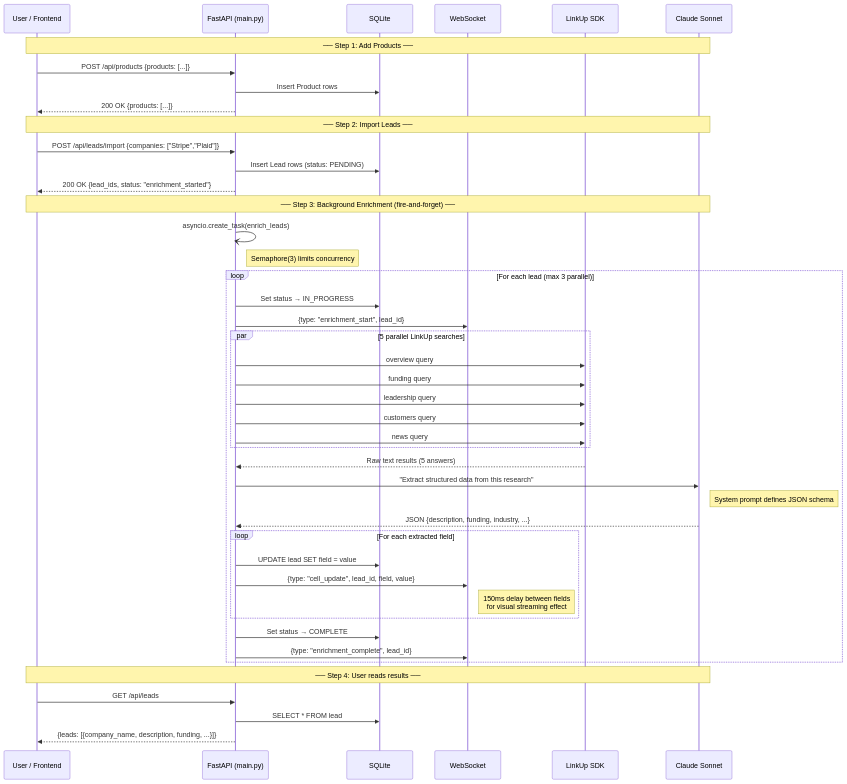
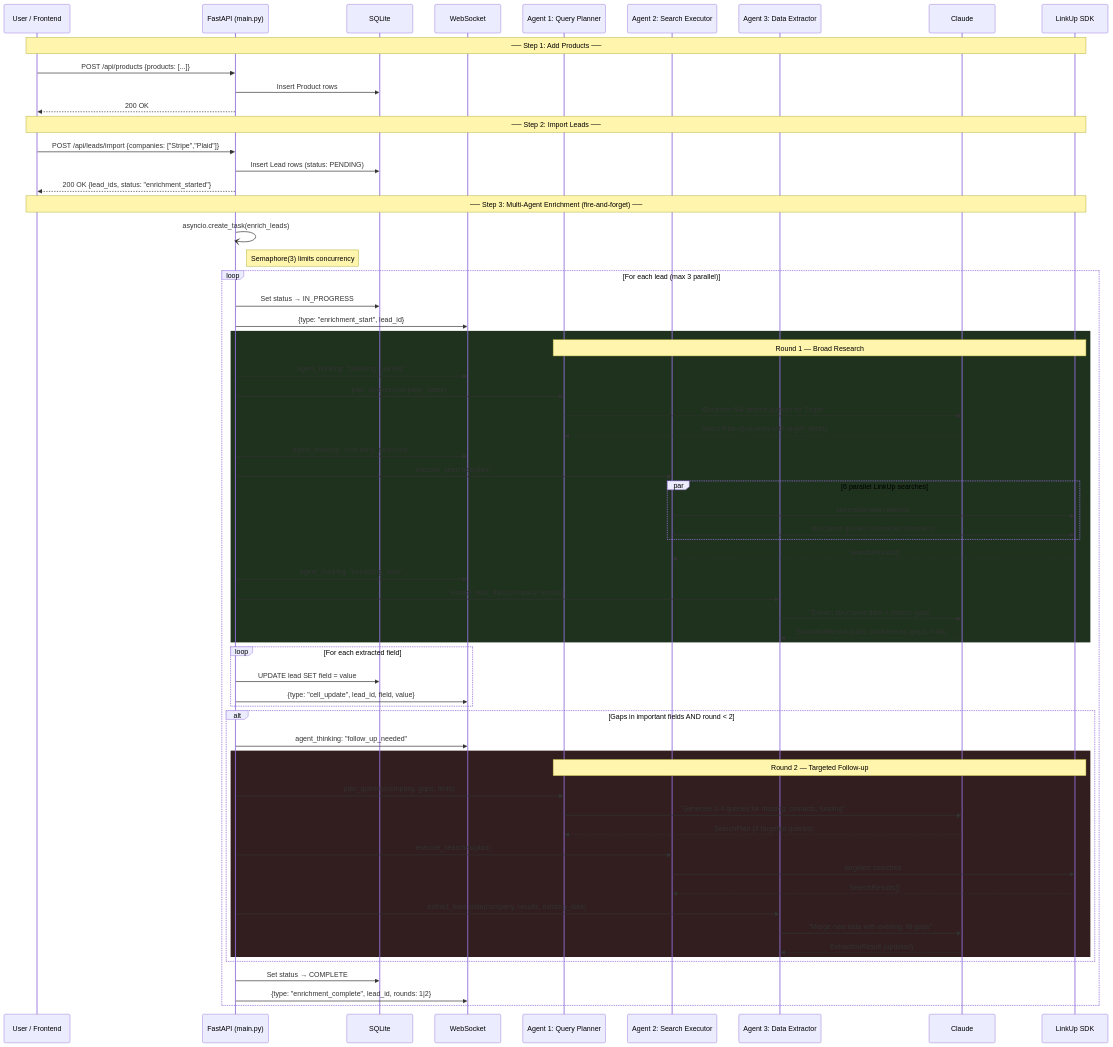
The first of 5 diagrams in docs/architecture.md (nishuastic/hack-europe), drawn with Mermaid before and after one commit. The commit also changed other lines of this file and 16 other files, not shown here.

First line of the commit message:
feat: multi-agent enrichment pipeline with iterative follow-up

````diff
--- a/docs/architecture.md
+++ b/docs/architecture.md
@@ -71,55 +76,76 @@
 ```mermaid
 sequenceDiagram
     participant U as User / Frontend
     participant API as FastAPI (main.py)
     participant DB as SQLite
     participant WS as WebSocket
+    participant QP as Agent 1: Query Planner
+    participant SE as Agent 2: Search Executor
+    participant DE as Agent 3: Data Extractor
+    participant CL as Claude
     participant LU as LinkUp SDK
-    participant CL as Claude Sonnet
 
-    Note over U,CL: ── Step 1: Add Products ──
+    Note over U,LU: ── Step 1: Add Products ──
     U->>API: POST /api/products {products: [...]}
     API->>DB: Insert Product rows
-    API-->>U: 200 OK {products: [...]}
+    API-->>U: 200 OK
 
-    Note over U,CL: ── Step 2: Import Leads ──
+    Note over U,LU: ── Step 2: Import Leads ──
     U->>API: POST /api/leads/import {companies: ["Stripe","Plaid"]}
     API->>DB: Insert Lead rows (status: PENDING)
     API-->>U: 200 OK {lead_ids, status: "enrichment_started"}
 
-    Note over U,CL: ── Step 3: Background Enrichment (fire-and-forget) ──
+    Note over U,LU: ── Step 3: Multi-Agent Enrichment (fire-and-forget) ──
     API-)API: asyncio.create_task(enrich_leads)
     Note right of API: Semaphore(3) limits concurrency
 
     loop For each lead (max 3 parallel)
         API->>DB: Set status → IN_PROGRESS
         API->>WS: {type: "enrichment_start", lead_id}
 
-        par 5 parallel LinkUp searches
-            API->>LU: overview query
-            API->>LU: funding query
-            API->>LU: leadership query
-            API->>LU: customers query
-            API->>LU: news query
+        rect rgb(30, 50, 30)
+            Note over QP,LU: Round 1 — Broad Research
+            API->>WS: agent_thinking: "planning_queries"
+            API->>QP: plan_queries(company_name)
+            QP->>CL: "Generate 5-8 search queries for Stripe"
+            CL-->>QP: SearchPlan (6 queries with target_fields)
+
+            API->>WS: agent_thinking: "executing_searches"
+            API->>SE: execute_searches(plan)
+            par 6 parallel LinkUp searches
+                SE->>LU: sourcedAnswer queries
+                SE->>LU: structured queries (contacts/customers)
+            end
+            LU-->>SE: SearchResults[]
+
+            API->>WS: agent_thinking: "extracting_data"
+            API->>DE: extract_lead_data(company, results)
+            DE->>CL: "Extract structured data + assess gaps"
+            CL-->>DE: ExtractionResult {data, confidences, gaps, hints}
         end
-        LU-->>API: Raw text results (5 answers)
-
-        API->>CL: "Extract structured data from this research"
-        Note right of CL: System prompt defines JSON schema
-        CL-->>API: JSON {description, funding, industry, ...}
 
         loop For each extracted field
             API->>DB: UPDATE lead SET field = value
             API->>WS: {type: "cell_update", lead_id, field, value}
-            Note right of WS: 150ms delay between fields<br/>for visual streaming effect
+        end
+
+        alt Gaps in important fields AND round < 2
+            API->>WS: agent_thinking: "follow_up_needed"
+            rect rgb(50, 30, 30)
+                Note over QP,LU: Round 2 — Targeted Follow-up
+                API->>QP: plan_queries(company, gaps, hints)
+                QP->>CL: "Generate 2-4 queries for missing: contacts, funding"
+                CL-->>QP: SearchPlan (3 targeted queries)
+                API->>SE: execute_searches(plan)
+                SE->>LU: targeted searches
+                LU-->>SE: SearchResults[]
+                API->>DE: extract_lead_data(company, results, existing_data)
+                DE->>CL: "Merge new data with existing, fill gaps"
+                CL-->>DE: ExtractionResult (updated)
+            end
         end
 
         API->>DB: Set status → COMPLETE
-        API->>WS: {type: "enrichment_complete", lead_id}
+        API->>WS: {type: "enrichment_complete", lead_id, rounds: 1|2}
     end
-
-    Note over U,CL: ── Step 4: User reads results ──
-    U->>API: GET /api/leads
-    API->>DB: SELECT * FROM lead
-    API-->>U: {leads: [{company_name, description, funding, ...}]}
 ```
````
